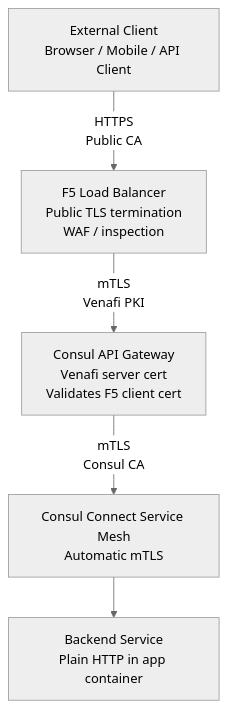
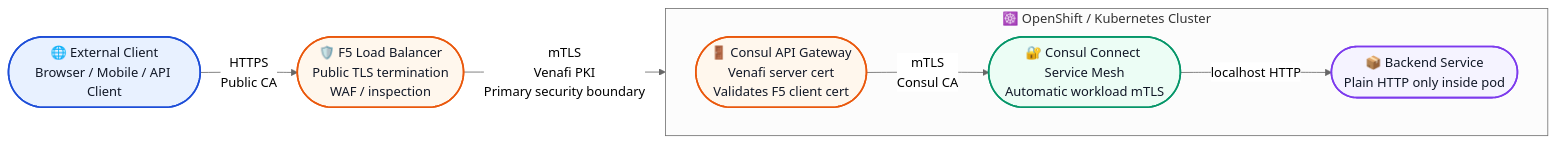
Before and after one commit to chris-lovett/API-Gateway-mTLS: the second of 2 diagrams in docs/architecture-diagram.md, drawn with Mermaid (neutral theme). The commit also changed other lines of this file, not shown here.

Commit message:
Add executive-friendly Mermaid architecture diagram

````diff
--- a/docs/architecture-diagram.md
+++ b/docs/architecture-diagram.md
@@ -5,13 +26,28 @@
 ```mermaid
-flowchart TB
-    client[External Client<br/>Browser / Mobile / API Client]
-    f5[F5 Load Balancer<br/>Public TLS termination<br/>WAF / inspection]
-    gateway[Consul API Gateway<br/>Venafi server cert<br/>Validates F5 client cert]
-    mesh[Consul Connect Service Mesh<br/>Automatic mTLS]
-    backend[Backend Service<br/>Plain HTTP in app container]
+flowchart LR
+    client([🌐 External Client<br/>Browser / Mobile / API Client])
+    f5([🛡️ F5 Load Balancer<br/>Public TLS termination<br/>WAF / inspection])
+
+    subgraph cluster[☸️ OpenShift / Kubernetes Cluster]
+        direction LR
+        gateway([🚪 Consul API Gateway<br/>Venafi server cert<br/>Validates F5 client cert])
+        mesh([🔐 Consul Connect Service Mesh<br/>Automatic workload mTLS])
+        backend([📦 Backend Service<br/>Plain HTTP only inside pod])
+    end
 
     client -->|HTTPS<br/>Public CA| f5
-    f5 -->|mTLS<br/>Venafi PKI| gateway
+    f5 -->|mTLS<br/>Venafi PKI<br/>Primary security boundary| gateway
     gateway -->|mTLS<br/>Consul CA| mesh
-    mesh --> backend
+    mesh -->|localhost HTTP| backend
+
+    classDef edge fill:#e8f1ff,stroke:#1d4ed8,stroke-width:2px,color:#111827;
+    classDef ingress fill:#fff7ed,stroke:#ea580c,stroke-width:2px,color:#111827;
+    classDef meshClass fill:#ecfdf5,stroke:#059669,stroke-width:2px,color:#111827;
+    classDef app fill:#f5f3ff,stroke:#7c3aed,stroke-width:2px,color:#111827;
+
+    class client edge;
+    class f5 ingress;
+    class gateway ingress;
+    class mesh meshClass;
+    class backend app;
 ```
````
